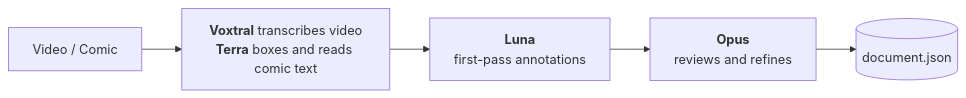
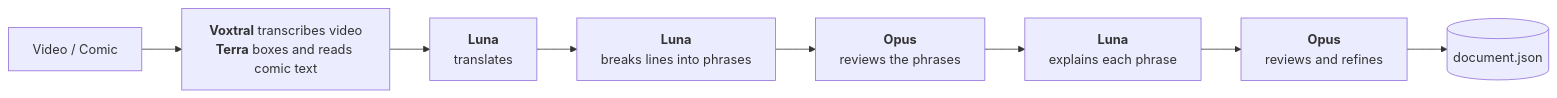
The first of 2 diagrams in README.md (parkie213/petites-roues), drawn with Mermaid before and after one commit. The commit also changed other lines of this file and 9 other files, not shown here.

First line of the commit message:
Split first-pass annotation into translate, phrases and notes stages

````diff
--- a/README.md
+++ b/README.md
@@ -128,7 +130,10 @@
 ```mermaid
 flowchart LR
   media["Video / Comic"] --> first["<b>Voxtral</b> transcribes video<br/><b>Terra</b> boxes and reads comic text"]
-  first --> luna["<b>Luna</b><br/>first-pass annotations"]
-  luna --> opus["<b>Opus</b><br/>reviews and refines"]
-  opus --> doc[("document.json")]
+  first --> translate["<b>Luna</b><br/>translates"]
+  translate --> chunks["<b>Luna</b><br/>breaks lines into phrases"]
+  chunks --> review1["<b>Opus</b><br/>reviews the phrases"]
+  review1 --> notes["<b>Luna</b><br/>explains each phrase"]
+  notes --> review2["<b>Opus</b><br/>reviews and refines"]
+  review2 --> doc[("document.json")]
 ```
````
